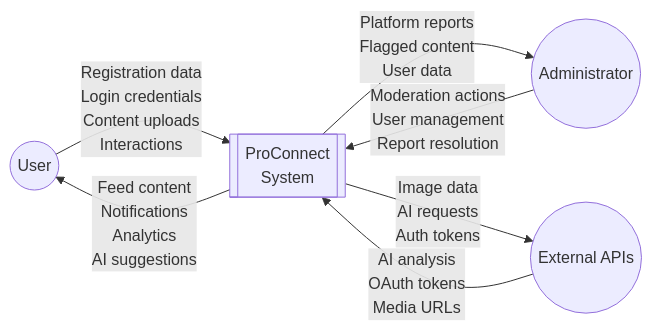
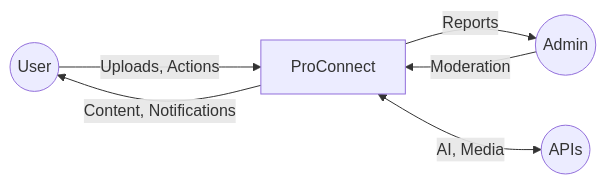
Diagram 14 of 16 in UML_Diagrams.md (saiakhilesh5/ProConnect--AI-powered-content-sharing-platform), drawn with Mermaid before and after one commit. The commit also changed other lines of this file, not shown here.

Commit message:
UML Diagrams2

````diff
--- a/UML_Diagrams.md
+++ b/UML_Diagrams.md
@@ -1354,17 +467,16 @@
 ```mermaid
 flowchart LR
     User((User))
-    Admin((Administrator))
-    External((External APIs))
-
-    System[["ProConnect<br>System"]]
-
-    User -->|Registration data<br>Login credentials<br>Content uploads<br>Interactions| System
-    System -->|Feed content<br>Notifications<br>Analytics<br>AI suggestions| User
-
-    Admin -->|Moderation actions<br>User management<br>Report resolution| System
-    System -->|Platform reports<br>Flagged content<br>User data| Admin
-
-    System -->|Image data<br>AI requests<br>Auth tokens| External
-    External -->|AI analysis<br>OAuth tokens<br>Media URLs| System
+    Admin((Admin))
+    External((APIs))
+    
+    System[ProConnect]
+    
+    User -->|Uploads, Actions| System
+    System -->|Content, Notifications| User
+    
+    Admin -->|Moderation| System
+    System -->|Reports| Admin
+    
+    System <-->|AI, Media| External
 ```
````
